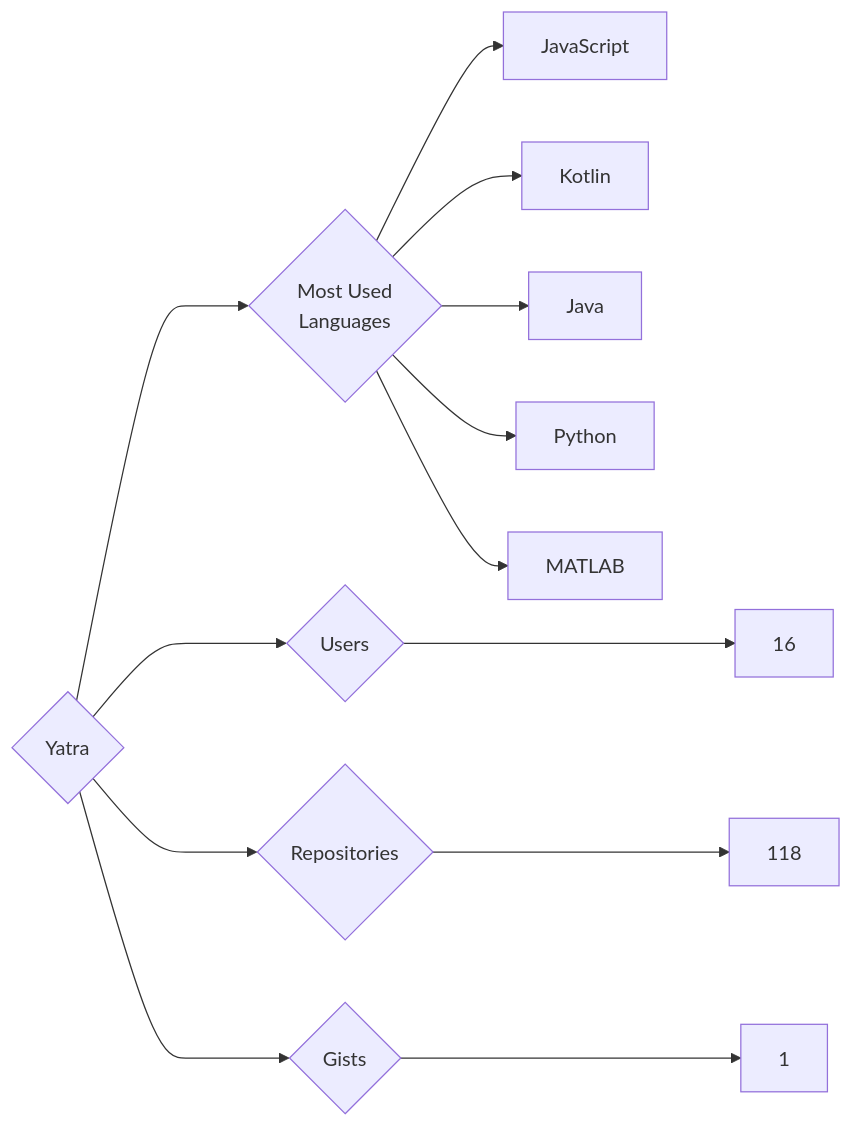
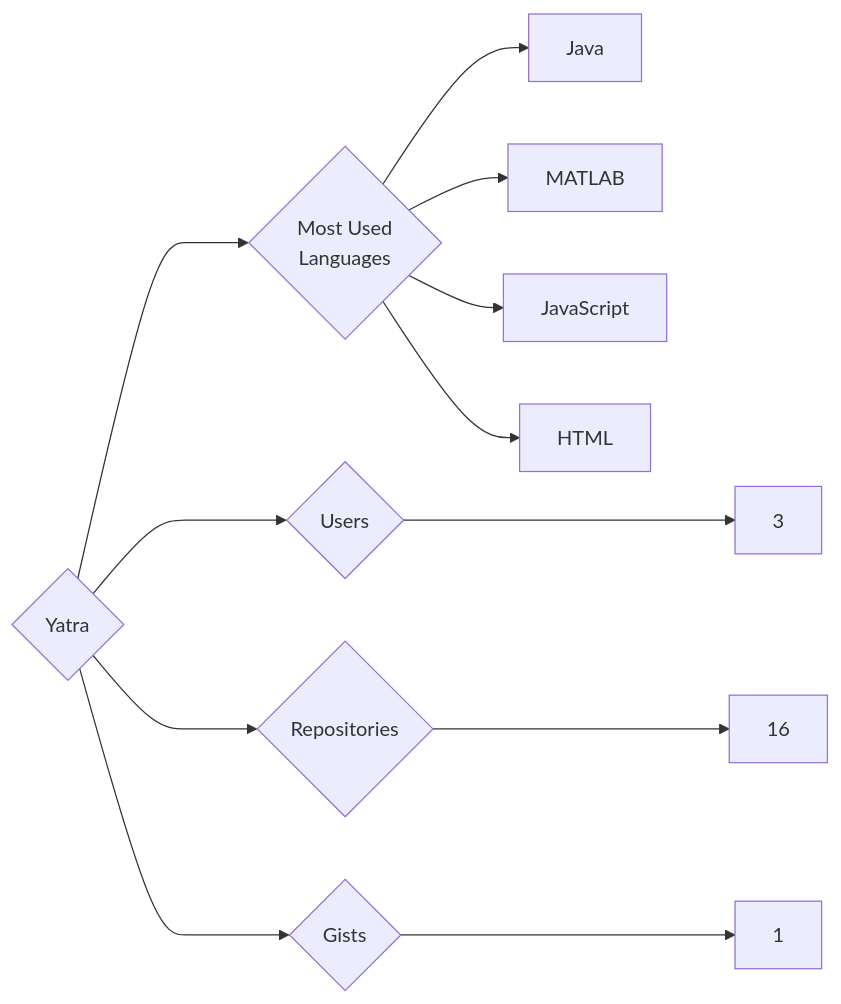
The diagram in targets/Yatra/README.md (trickest/insiders), drawn with Mermaid before and after one commit. The commit also changed 870 other files, not shown here.

````diff
--- a/targets/Yatra/README.md
+++ b/targets/Yatra/README.md
@@ -3,13 +3,12 @@
 ```mermaid
 graph LR
 COMPANY_NAME{Yatra}
-COMPANY_NAME ---> U{Users} ---> UN[16]
-COMPANY_NAME ---> R{Repositories} ---> RN[118]
+COMPANY_NAME ---> U{Users} ---> UN[3]
+COMPANY_NAME ---> R{Repositories} ---> RN[16]
 COMPANY_NAME ---> G{Gists} ---> GN[1]
 COMPANY_NAME ---> ML{Most Used<br>Languages}
+ML --> Java[Java]
+ML --> MATLAB[MATLAB]
 ML --> JavaScript[JavaScript]
-ML --> Kotlin[Kotlin]
-ML --> Java[Java]
-ML --> Python[Python]
-ML --> MATLAB[MATLAB]
+ML --> HTML[HTML]
 ```
````
